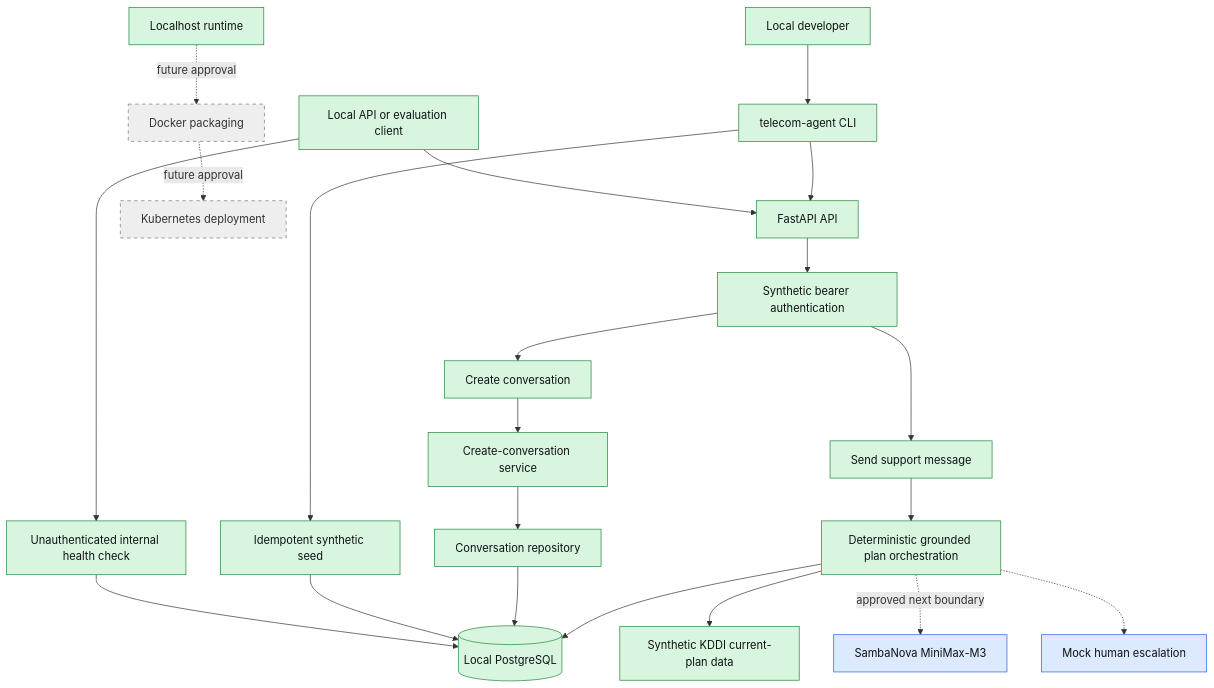
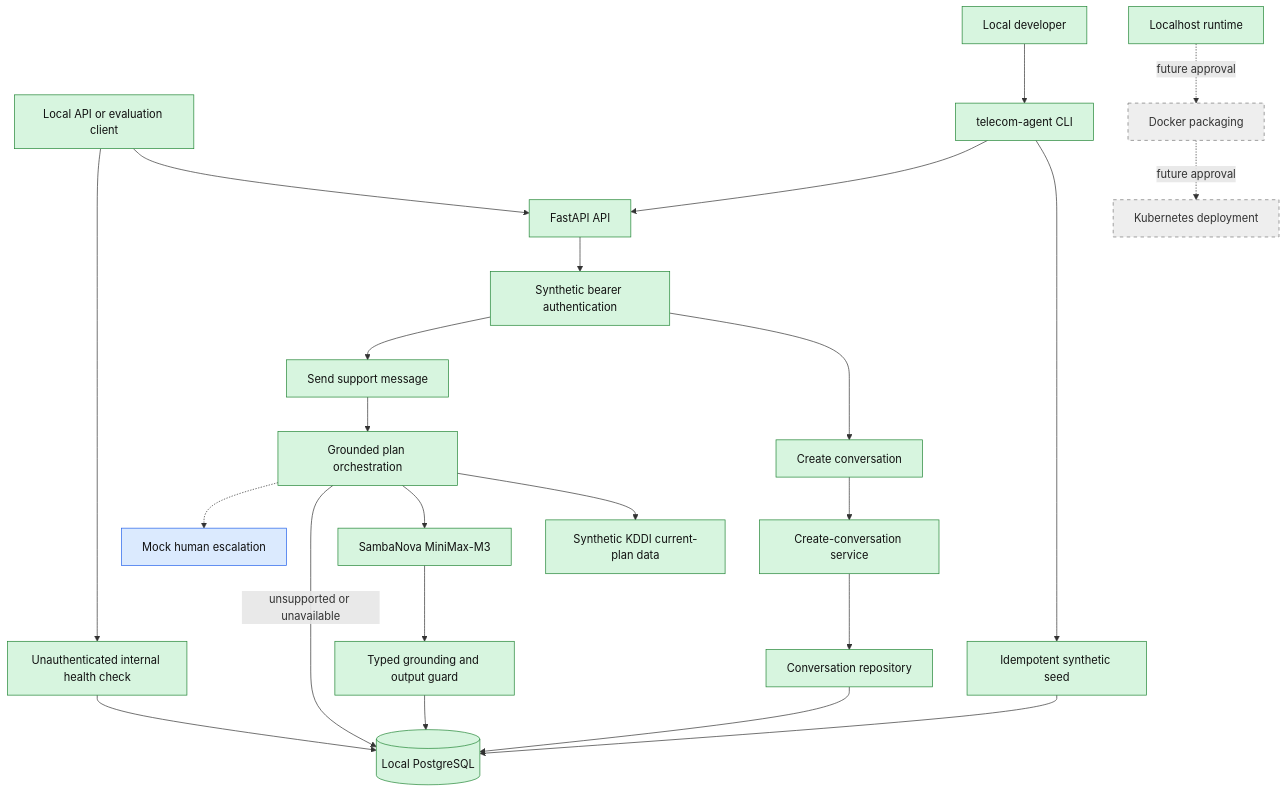
Before and after one commit to reggie-lu/codex-telecom-agent-workspace: the diagram in docs/ARCHITECTURE.md, drawn with Mermaid. The commit also changed other lines of this file and 21 other files, not shown here.

Commit message:
Add guarded SambaNova plan responses

````diff
--- a/docs/ARCHITECTURE.md
+++ b/docs/ARCHITECTURE.md
@@ -170,35 +170,37 @@
 ```mermaid
 flowchart TB
     Client[Local API or evaluation client] --> API[FastAPI API]
     API --> Auth[Synthetic bearer authentication]
     Client --> Health[Unauthenticated internal health check]
     Health --> DB
 
     Developer[Local developer] --> CLI[telecom-agent CLI]
     CLI --> Seed[Idempotent synthetic seed]
     Seed --> DB
     CLI --> API
 
     Auth --> Create[Create conversation]
     Create --> ConversationService[Create-conversation service]
     ConversationService --> ConversationRepo[Conversation repository]
     ConversationRepo --> DB[(Local PostgreSQL)]
 
     Auth --> Message[Send support message]
-    Message --> Support[Deterministic grounded plan orchestration]
+    Message --> Support[Grounded plan orchestration]
     Support --> KDDI[Synthetic KDDI current-plan data]
-    Support -. approved next boundary .-> Model[SambaNova MiniMax-M3]
-    Support --> DB
+    Support --> Model[SambaNova MiniMax-M3]
+    Model --> Guard[Typed grounding and output guard]
+    Guard --> DB
+    Support -->|unsupported or unavailable| DB
     Support -.-> Escalation[Mock human escalation]
 
     Local[Localhost runtime] -. future approval .-> Docker[Docker packaging]
     Docker -. future approval .-> K8s[Kubernetes deployment]
 
     classDef implemented fill:#d7f5df,stroke:#238636,color:#111
     classDef agreed fill:#dbeafe,stroke:#2563eb,color:#111
     classDef deferred fill:#eeeeee,stroke:#777,color:#333,stroke-dasharray:5 5
 
-    class Client,API,Auth,Health,Developer,CLI,Seed,Create,ConversationService,ConversationRepo,Message,Support,KDDI,DB,Local implemented
-    class Model,Escalation agreed
+    class Client,API,Auth,Health,Developer,CLI,Seed,Create,ConversationService,ConversationRepo,Message,Support,KDDI,Guard,Model,DB,Local implemented
+    class Escalation agreed
     class Docker,K8s deferred
 ```
````
